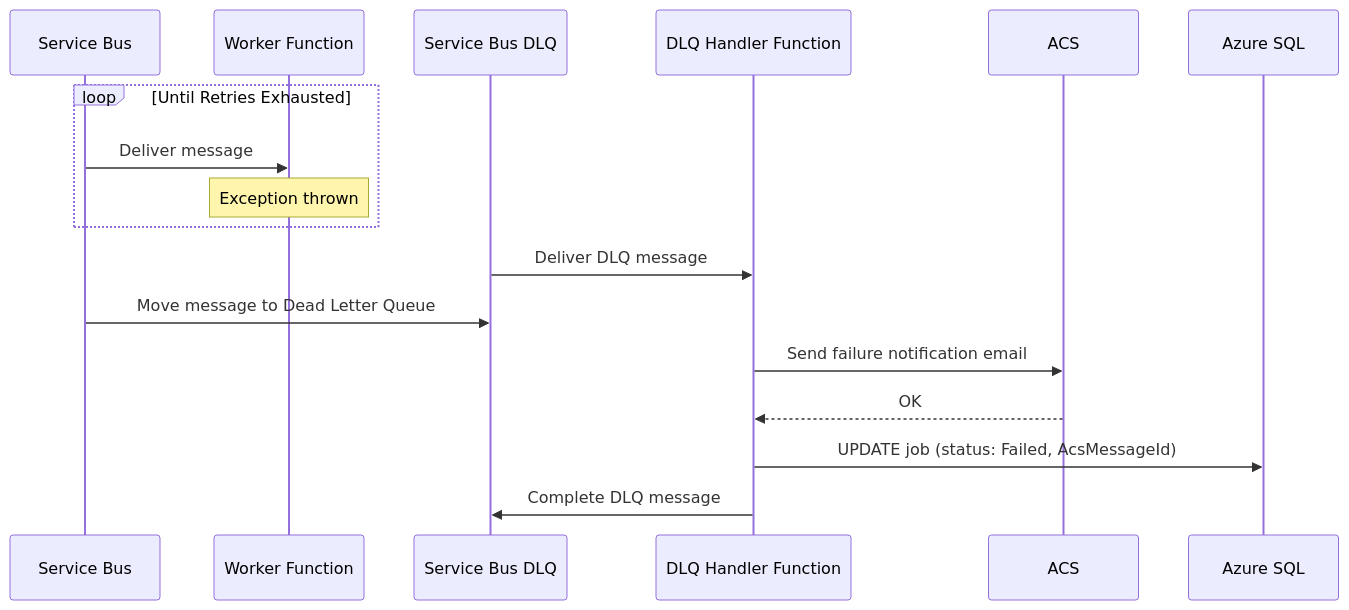
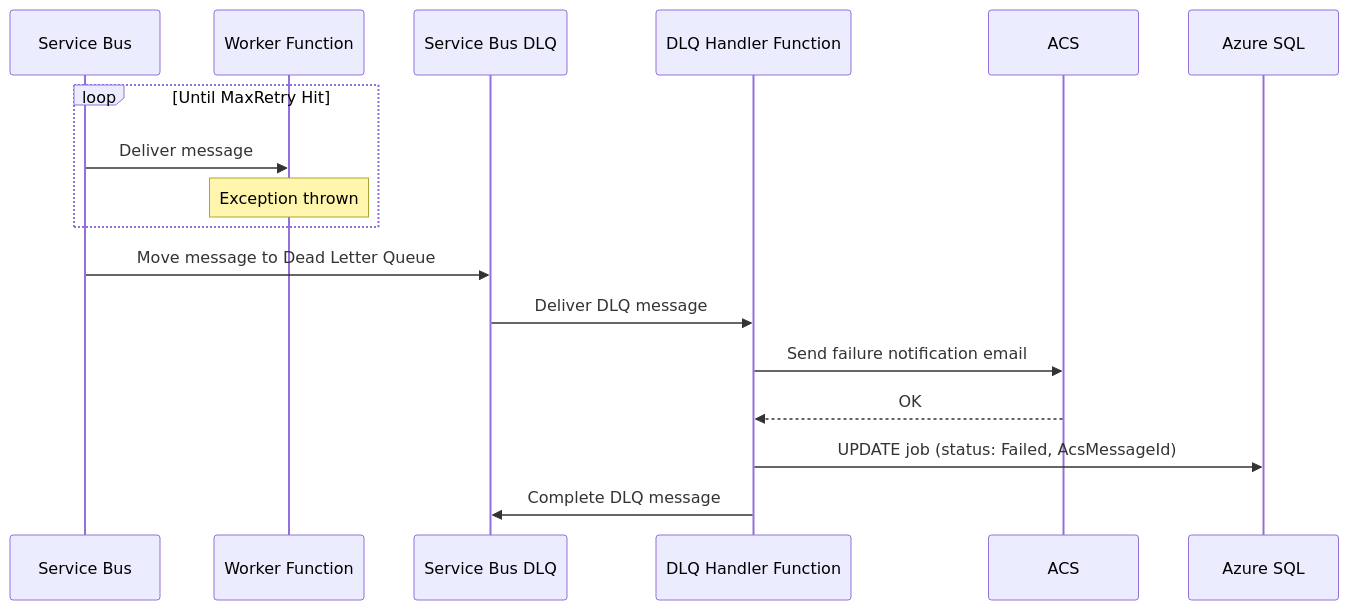
Before and after one commit to VictorK1902/Dispatch: the second of 6 diagrams in Docs/sequence-diagrams.md, drawn with Mermaid. The commit also changed other lines of this file and 3 other files, not shown here.

Commit message:
Added architecture-diagram.md and README.md file; other docs clean up

````diff
--- a/Docs/sequence-diagrams.md
+++ b/Docs/sequence-diagrams.md
@@ -29,21 +29,21 @@
 ```mermaid
 sequenceDiagram
     participant SB as Service Bus
     participant Worker as Worker Function
     participant DLQ as Service Bus DLQ
     participant DLQHandler as DLQ Handler Function
     participant ACS
     participant SQL as Azure SQL
 
-    loop Until Retries Exhausted
+    loop Until MaxRetry Hit
       SB->>Worker: Deliver message
       Note over Worker: Exception thrown
     end    
 
+    SB->>DLQ: Move message to Dead Letter Queue
     DLQ->>DLQHandler: Deliver DLQ message
-    SB->>DLQ: Move message to Dead Letter Queue
     DLQHandler->>ACS: Send failure notification email
     ACS-->>DLQHandler: OK
     DLQHandler->>SQL: UPDATE job (status: Failed, AcsMessageId)
     DLQHandler->>DLQ: Complete DLQ message
 ```
````
